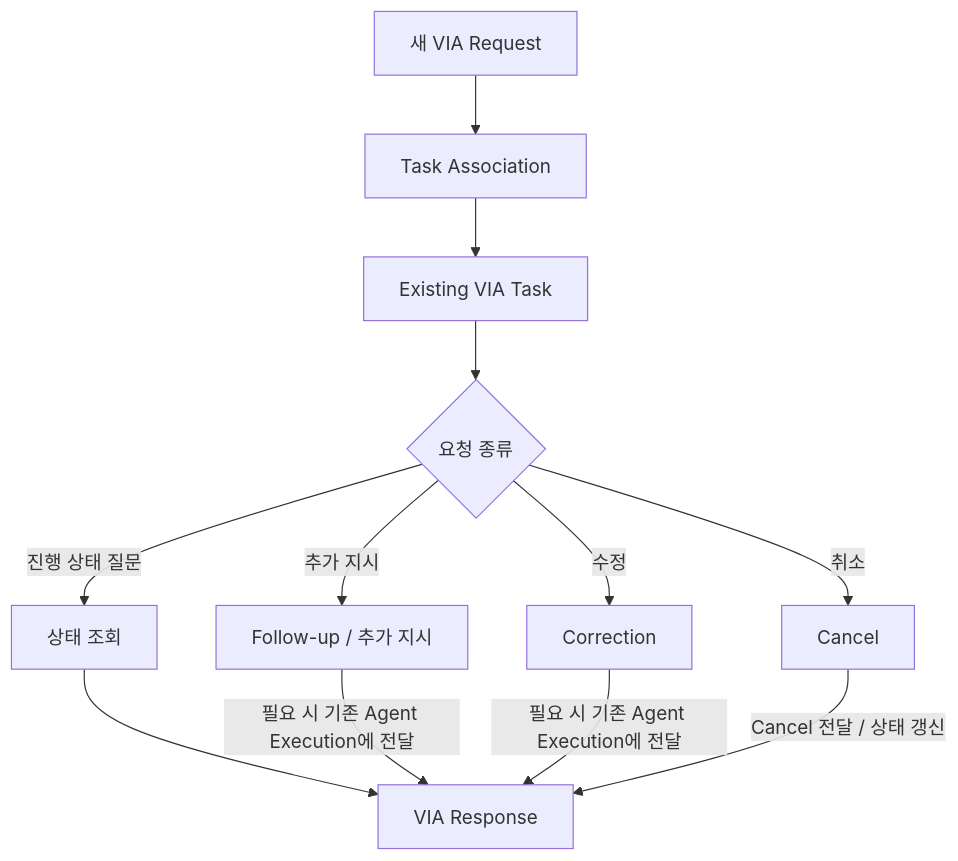
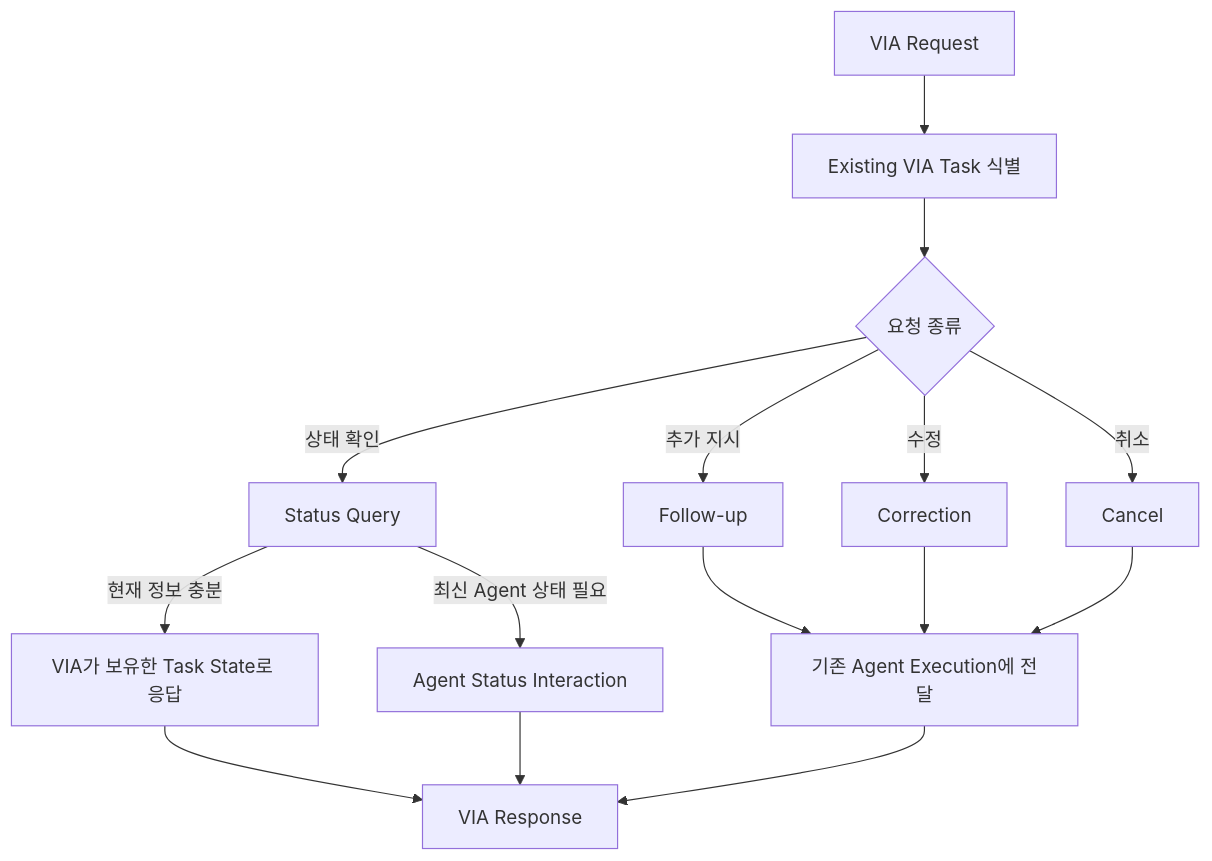
One commit to cbyche/via-sw-architecture changed the fifth of 5 diagrams in docs/rebaseline/04-canonical-interaction-flow.md. Above: the diagram before and after it, drawn with Mermaid. The commit also changed other lines of this file, not shown here.

Commit message:
docs: rework canonical flow around task relation and handling

````diff
--- a/docs/rebaseline/04-canonical-interaction-flow.md
+++ b/docs/rebaseline/04-canonical-interaction-flow.md
@@ -251,24 +349,29 @@
 ```mermaid
 flowchart TD
-    R["새 VIA Request"]
-    A["Task Association"]
-    T["Existing VIA Task"]
+    R["VIA Request"]
+    A["Existing VIA Task 식별"]
     Q{"요청 종류"}
 
-    S["상태 조회"]
-    F["Follow-up / 추가 지시"]
+    S["Status Query"]
+    F["Follow-up"]
     C["Correction"]
     X["Cancel"]
-    RSP["VIA Response"]
 
-    R --> A --> T --> Q
+    LOCAL["VIA가 보유한 Task State로 응답"]
+    AQ["Agent Status Interaction"]
+    AG["기존 Agent Execution에 전달"]
 
-    Q -->|"진행 상태 질문"| S --> RSP
-    Q -->|"추가 지시"| F
-    Q -->|"수정"| C
-    Q -->|"취소"| X
+    RESP["VIA Response"]
 
-    F -->|"필요 시 기존 Agent Execution에 전달"| RSP
-    C -->|"필요 시 기존 Agent Execution에 전달"| RSP
-    X -->|"Cancel 전달 / 상태 갱신"| RSP
+    R --> A --> Q
+
+    Q -->|"상태 확인"| S
+    S -->|"현재 정보 충분"| LOCAL --> RESP
+    S -->|"최신 Agent 상태 필요"| AQ --> RESP
+
+    Q -->|"추가 지시"| F --> AG
+    Q -->|"수정"| C --> AG
+    Q -->|"취소"| X --> AG
+
+    AG --> RESP
 ```
````
